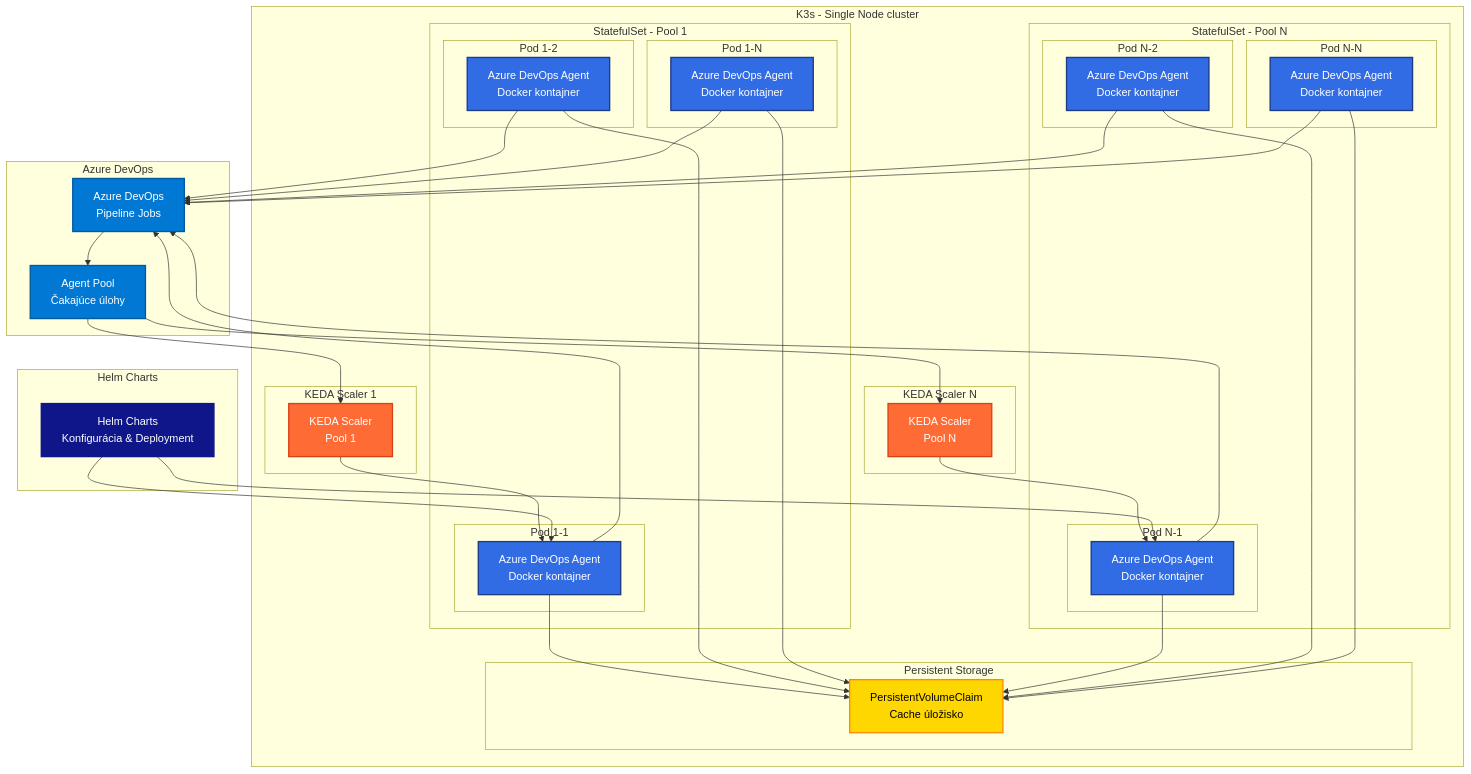
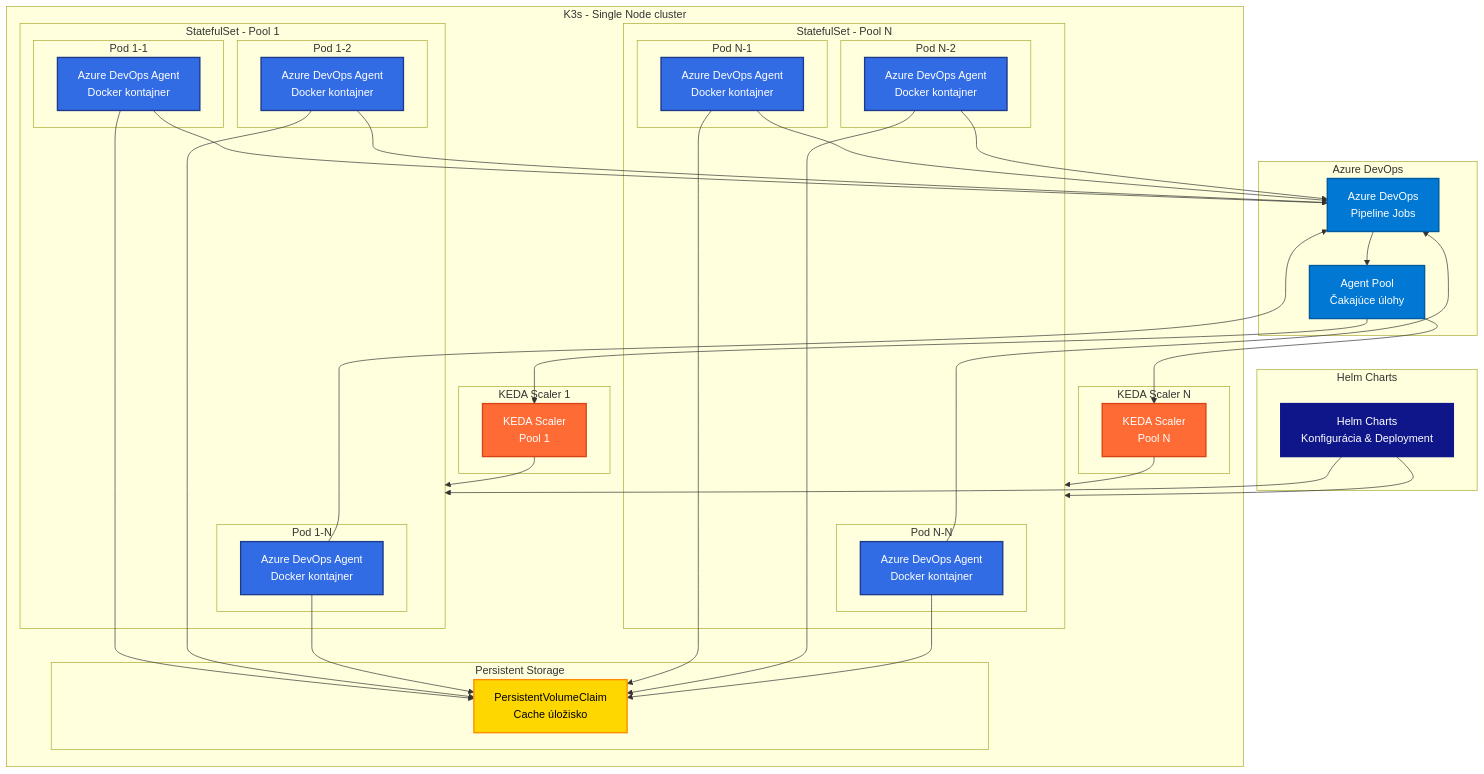
The first of 2 diagrams in linuxmachine/user-documentation.md (motycak/kros-sk.github.io), drawn with Mermaid before and after one commit.

```diff
--- a/linuxmachine/user-documentation.md
+++ b/linuxmachine/user-documentation.md
@@ -52,7 +52,7 @@
             KEDA_SCALERN[KEDA Scaler<br/>Pool N]
         end
         
-        subgraph "StatefulSet - Pool 1"
+        subgraph STATEFULSET_POOL1["StatefulSet - Pool 1"]
             subgraph "Pod 1-1"
                 AGENT1_1[Azure DevOps Agent<br/>Docker kontajner]
             end
@@ -64,7 +64,7 @@
             end
         end
         
-        subgraph "StatefulSet - Pool N"
+        subgraph STATEFULSET_POOLN["StatefulSet - Pool N"]
             subgraph "Pod N-1"
                 AGENTN_1[Azure DevOps Agent<br/>Docker kontajner]
             end
@@ -90,11 +90,11 @@
     ADO_POOL --> KEDA_SCALER1
     ADO_POOL --> KEDA_SCALERN
     
-    KEDA_SCALER1 --> AGENT1_1
-    KEDA_SCALERN --> AGENTN_1
+    KEDA_SCALER1 --> STATEFULSET_POOL1
+    KEDA_SCALERN --> STATEFULSET_POOLN
     
-    HELM --> AGENT1_1
-    HELM --> AGENTN_1
+    HELM --> STATEFULSET_POOL1
+    HELM --> STATEFULSET_POOLN
     
     AGENT1_1 --> PVC
     AGENT1_2 --> PVC
```
